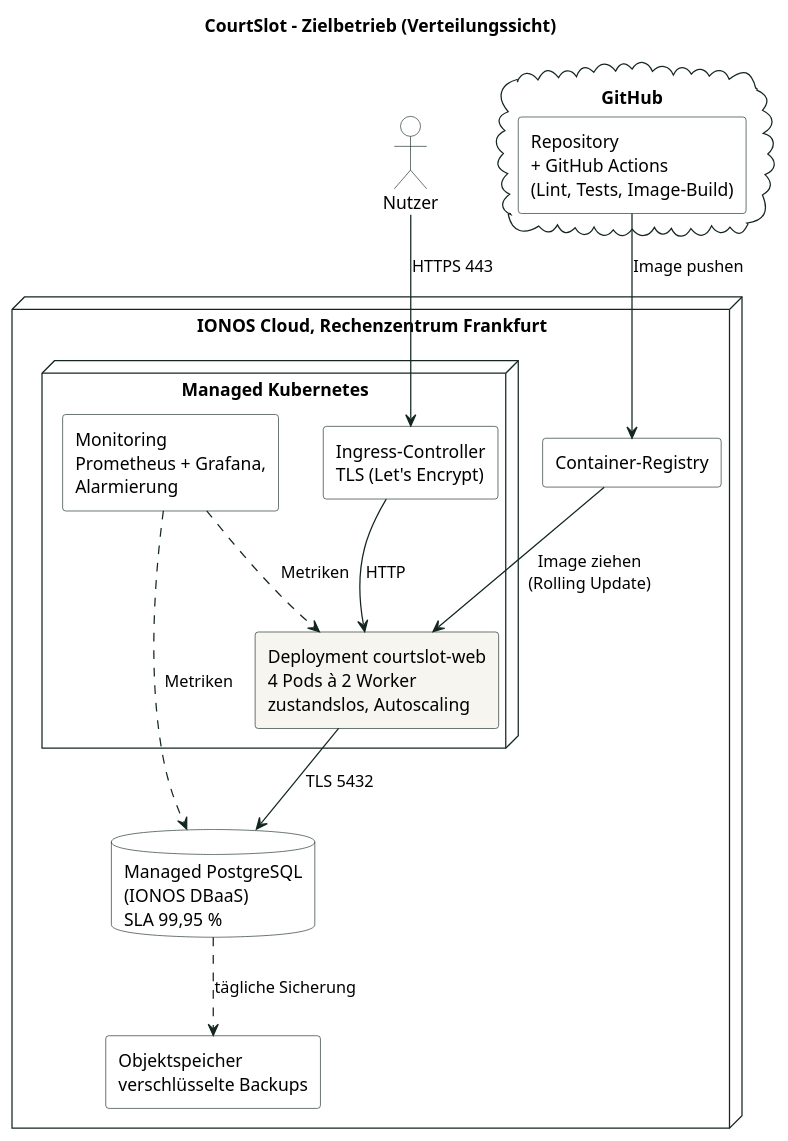
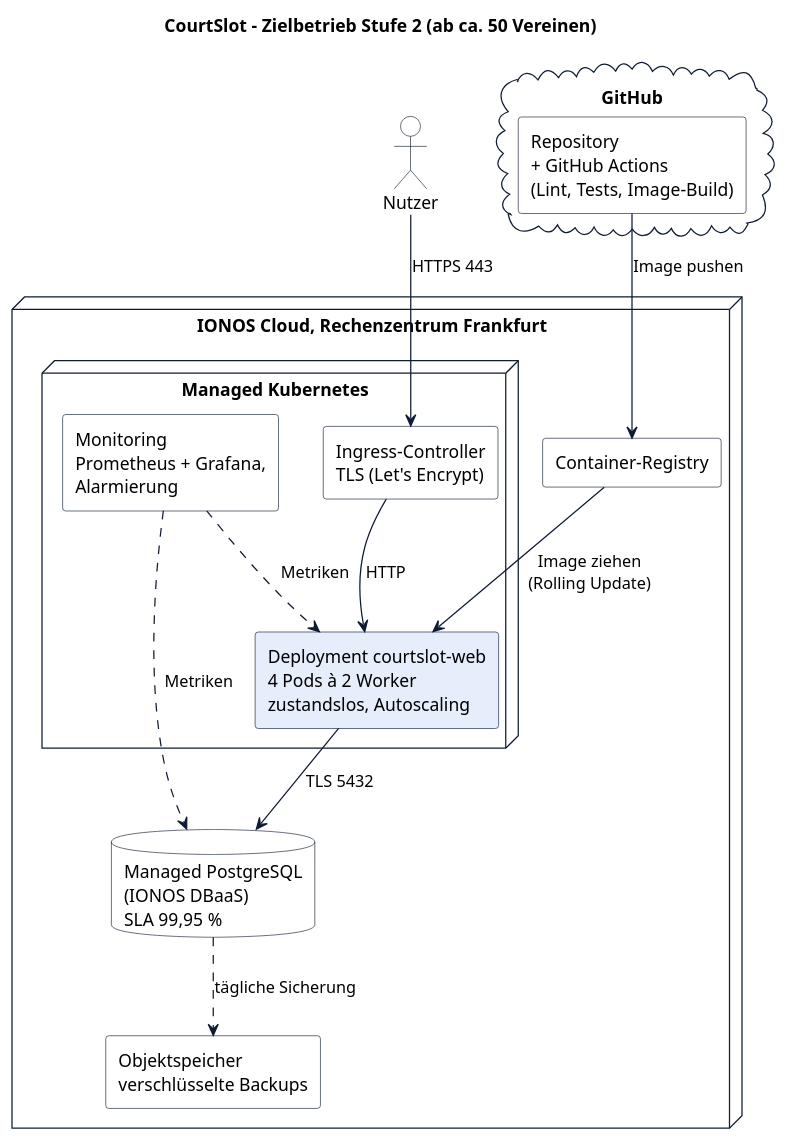
One commit to pasi140802/Anwendungsentwicklung changed the diagram in docs/uml/08_zielbetrieb.puml. Above: the diagram before and after it, drawn with PlantUML. The commit also changed 26 other files, not shown here.

First line of the commit message:
UML-Diagramme auf Plattform-Modell und App-Farben aktualisiert

```diff
--- a/docs/uml/08_zielbetrieb.puml
+++ b/docs/uml/08_zielbetrieb.puml
@@ -1,44 +1,44 @@
 @startuml zielbetrieb
-title CourtSlot – Zielbetrieb (Verteilungssicht)
+title CourtSlot – Zielbetrieb Stufe 2 (ab ca. 50 Vereinen)
 skinparam shadowing false
-skinparam ArrowColor #13261F
+skinparam ArrowColor #0e1b33
 skinparam defaultFontName Arial
 skinparam node {
-  BorderColor #13261F
+  BorderColor #0e1b33
   BackgroundColor #FFFFFF
 }
 skinparam rectangle {
-  BorderColor #13261F
+  BorderColor #0e1b33
   BackgroundColor #FFFFFF
 }
-skinparam databaseBorderColor #13261F
+skinparam databaseBorderColor #0e1b33
 skinparam databaseBackgroundColor #FFFFFF
-skinparam cloudBorderColor #13261F
-skinparam actorBorderColor #13261F
+skinparam cloudBorderColor #0e1b33
+skinparam actorBorderColor #0e1b33
 skinparam actorBackgroundColor #FFFFFF
 
 actor "Nutzer" as U
 cloud "GitHub" as GH {
   rectangle "Repository\n+ GitHub Actions\n(Lint, Tests, Image-Build)" as CI
 }
 
 node "IONOS Cloud, Rechenzentrum Frankfurt" as DC {
   node "Managed Kubernetes" as K8S {
     rectangle "Ingress-Controller\nTLS (Let's Encrypt)" as ING
-    rectangle "Deployment courtslot-web\n4 Pods à 2 Worker\nzustandslos, Autoscaling" as WEB #F6F5EF
+    rectangle "Deployment courtslot-web\n4 Pods à 2 Worker\nzustandslos, Autoscaling" as WEB #e6eefb
     rectangle "Monitoring\nPrometheus + Grafana,\nAlarmierung" as MON
   }
   database "Managed PostgreSQL\n(IONOS DBaaS)\nSLA 99,95 %" as PG
   rectangle "Container-Registry" as REG
   rectangle "Objektspeicher\nverschlüsselte Backups" as S3
 }
 
 U --> ING : HTTPS 443
 ING --> WEB : HTTP
 WEB --> PG : TLS 5432
 PG ..> S3 : tägliche Sicherung
 MON ..> WEB : Metriken
 MON ..> PG : Metriken
 CI --> REG : Image pushen
 REG --> WEB : Image ziehen\n(Rolling Update)
 @enduml
```
